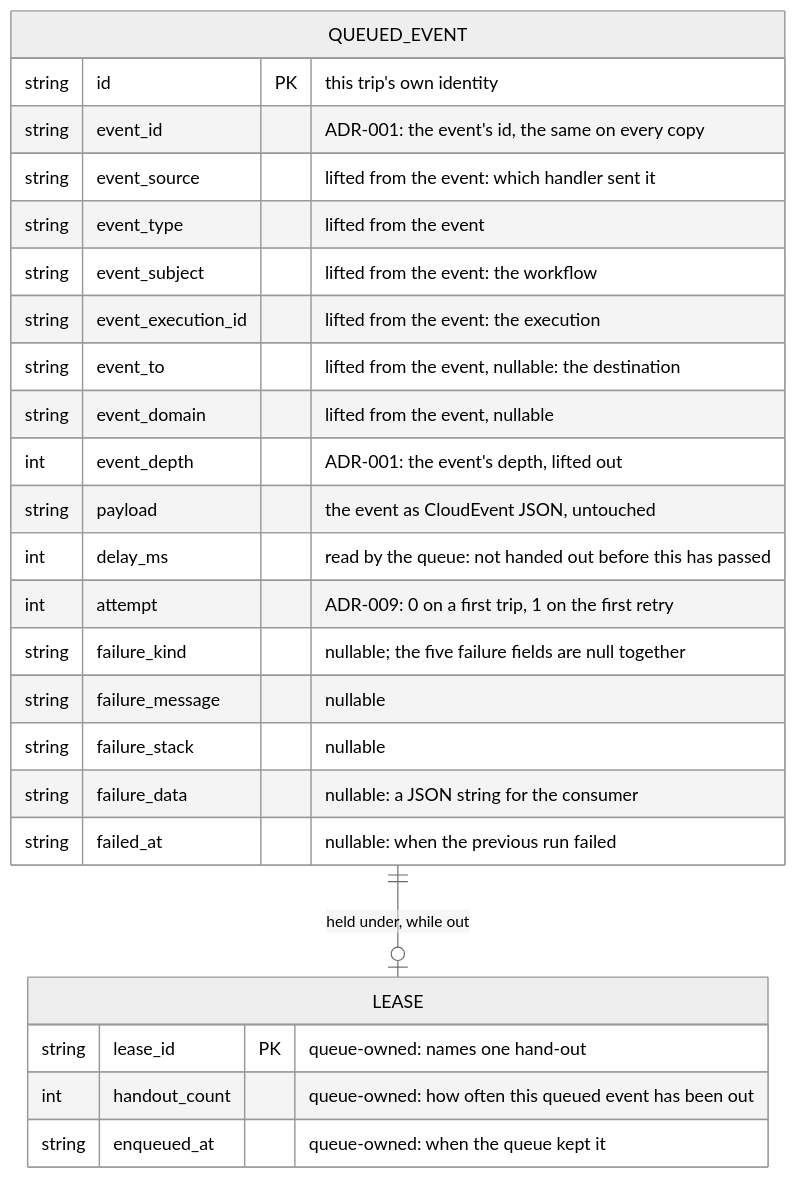
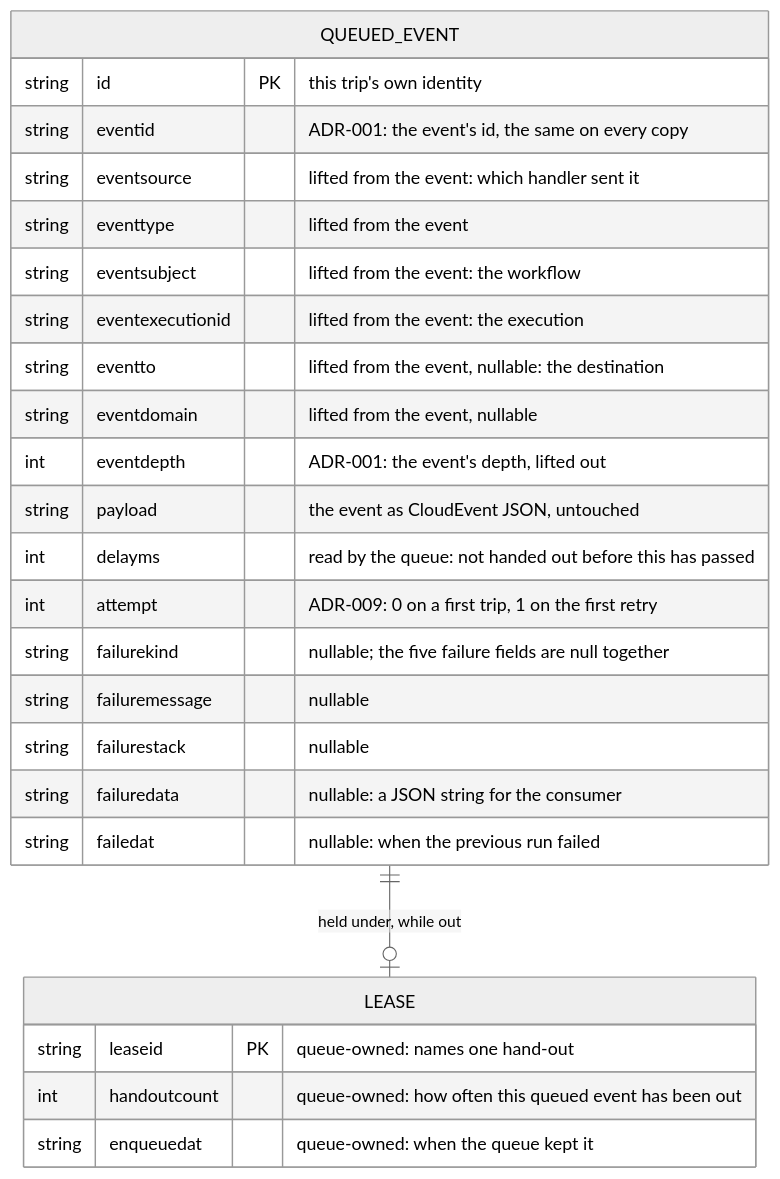
One commit to SaadAhmad123/arvo-core changed the first of 3 diagrams in docs/adr/021-queue.md. Above: the diagram before and after it, drawn with Mermaid (neutral theme). The commit also changed other lines of this file, not shown here.

Commit message:
docs(adr): ADR-021's field names are lower case with no underscores

````diff
--- a/docs/adr/021-queue.md
+++ b/docs/adr/021-queue.md
@@ -70,28 +70,28 @@
 ```mermaid
 erDiagram
     QUEUED_EVENT ||--o| LEASE : "held under, while out"
     QUEUED_EVENT {
-        string id               PK "this trip's own identity"
-        string event_id            "ADR-001: the event's id, the same on every copy"
-        string event_source        "lifted from the event: which handler sent it"
-        string event_type          "lifted from the event"
-        string event_subject       "lifted from the event: the workflow"
-        string event_execution_id  "lifted from the event: the execution"
-        string event_to            "lifted from the event, nullable: the destination"
-        string event_domain        "lifted from the event, nullable"
-        int    event_depth         "ADR-001: the event's depth, lifted out"
-        string payload             "the event as CloudEvent JSON, untouched"
-        int    delay_ms            "read by the queue: not handed out before this has passed"
-        int    attempt             "ADR-009: 0 on a first trip, 1 on the first retry"
-        string failure_kind        "nullable; the five failure fields are null together"
-        string failure_message     "nullable"
-        string failure_stack       "nullable"
-        string failure_data        "nullable: a JSON string for the consumer"
-        string failed_at           "nullable: when the previous run failed"
+        string id                PK "this trip's own identity"
+        string eventid              "ADR-001: the event's id, the same on every copy"
+        string eventsource          "lifted from the event: which handler sent it"
+        string eventtype            "lifted from the event"
+        string eventsubject         "lifted from the event: the workflow"
+        string eventexecutionid     "lifted from the event: the execution"
+        string eventto              "lifted from the event, nullable: the destination"
+        string eventdomain          "lifted from the event, nullable"
+        int    eventdepth           "ADR-001: the event's depth, lifted out"
+        string payload              "the event as CloudEvent JSON, untouched"
+        int    delayms              "read by the queue: not handed out before this has passed"
+        int    attempt              "ADR-009: 0 on a first trip, 1 on the first retry"
+        string failurekind          "nullable; the five failure fields are null together"
+        string failuremessage       "nullable"
+        string failurestack         "nullable"
+        string failuredata          "nullable: a JSON string for the consumer"
+        string failedat             "nullable: when the previous run failed"
     }
     LEASE {
-        string lease_id         PK "queue-owned: names one hand-out"
-        int    handout_count       "queue-owned: how often this queued event has been out"
-        string enqueued_at         "queue-owned: when the queue kept it"
+        string leaseid           PK "queue-owned: names one hand-out"
+        int    handoutcount         "queue-owned: how often this queued event has been out"
+        string enqueuedat           "queue-owned: when the queue kept it"
     }
 ```
````
